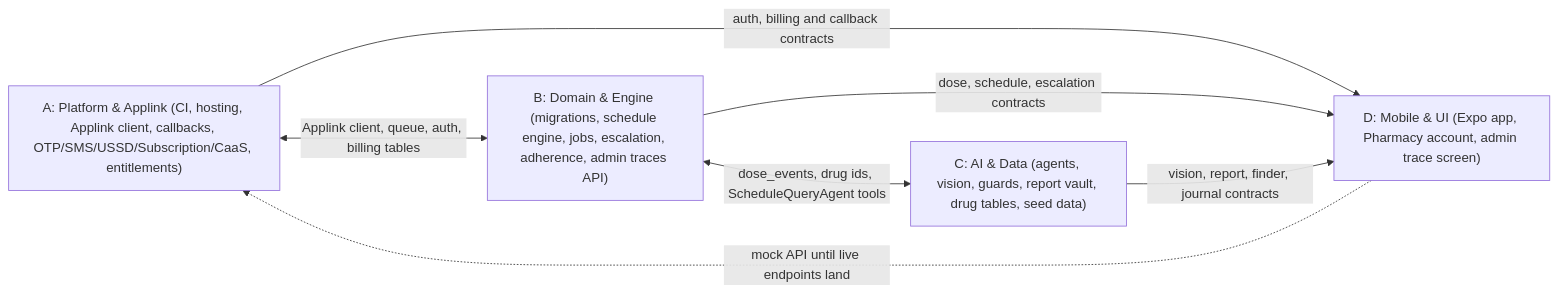
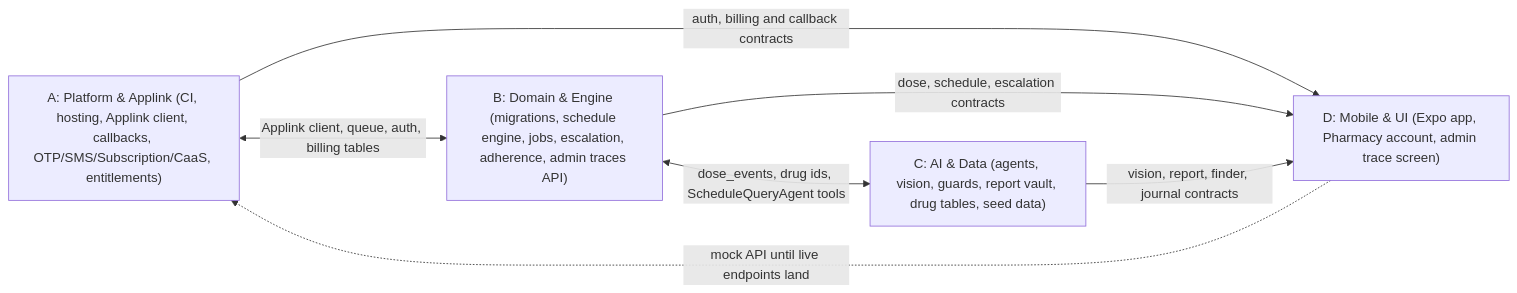
The eighth of 9 diagrams in Master_Plan.md (RidwanRK/Uposhom), drawn with Mermaid before and after one commit. The commit also changed other lines of this file and 2 other files, not shown here.

First line of the commit message:
Remove USSD from the plan, design and README

````diff
--- a/Master_Plan.md
+++ b/Master_Plan.md
@@ -1298,14 +1240,14 @@
 ```mermaid
 flowchart LR
-    A["A: Platform & Applink (CI, hosting, Applink client, callbacks, OTP/SMS/USSD/Subscription/CaaS, entitlements)"]
+    A["A: Platform & Applink (CI, hosting, Applink client, callbacks, OTP/SMS/Subscription/CaaS, entitlements)"]
     B["B: Domain & Engine (migrations, schedule engine, jobs, escalation, adherence, admin traces API)"]
     C["C: AI & Data (agents, vision, guards, report vault, drug tables, seed data)"]
     D["D: Mobile & UI (Expo app, Pharmacy account, admin trace screen)"]
 
     A <-->|"Applink client, queue, auth, billing tables"| B
     B <-->|"dose_events, drug ids, ScheduleQueryAgent tools"| C
     A -->|"auth, billing and callback contracts"| D
     B -->|"dose, schedule, escalation contracts"| D
     C -->|"vision, report, finder, journal contracts"| D
     D -.->|"mock API until live endpoints land"| A
 ```
````
